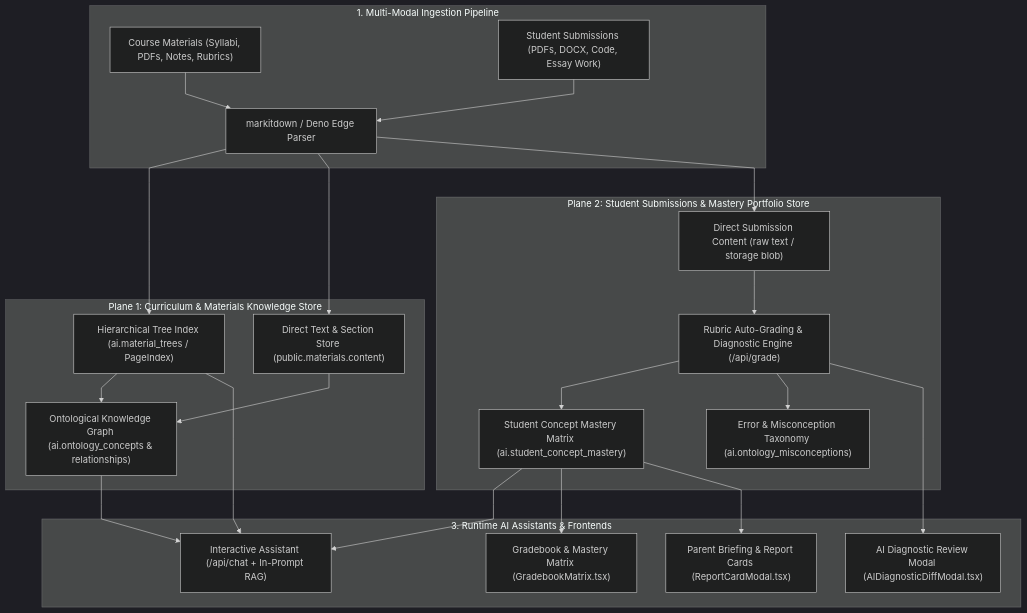
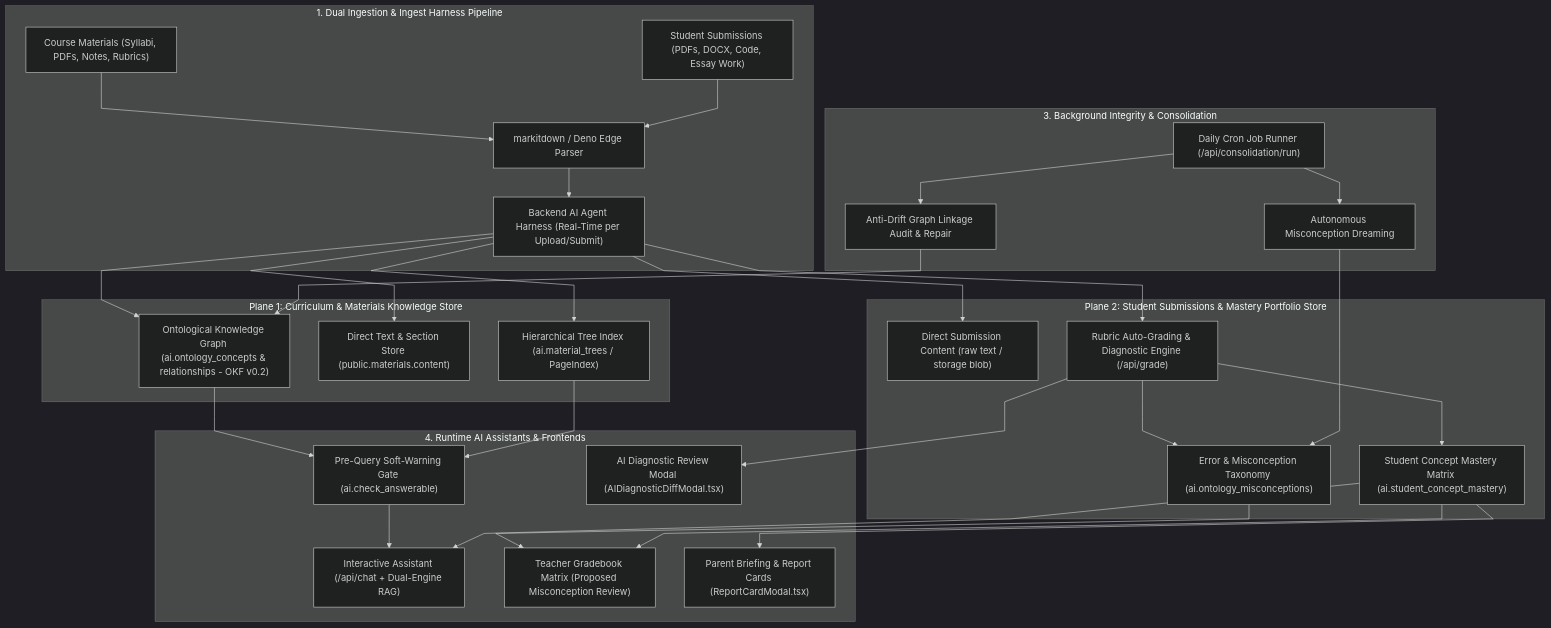
The first of 2 diagrams in docs/knowledge_store/README.md (VictorBravo9er/Teacher-Assistant-Workspace), drawn with Mermaid (dark theme) before and after one commit. The commit also changed other lines of this file and 29 other files, not shown here.

````diff
--- a/docs/knowledge_store/README.md
+++ b/docs/knowledge_store/README.md
@@ -16,49 +16,63 @@
 ```mermaid
 %%{init: {'flowchart': {'curve': 'linear'}}}%%
 flowchart TB
-    subgraph Ingestion["1. Multi-Modal Ingestion Pipeline"]
+    subgraph Ingestion["1. Dual Ingestion & Ingest Harness Pipeline"]
         MatFiles["Course Materials (Syllabi, PDFs, Notes, Rubrics)"]
         SubFiles["Student Submissions (PDFs, DOCX, Code, Essay Work)"]
         Parser["markitdown / Deno Edge Parser"]
+        PrimaryHarness["Backend AI Agent Harness (Real-Time per Upload/Submit)"]
     end
 
     subgraph Plane1["Plane 1: Curriculum & Materials Knowledge Store"]
         TreeIndex["Hierarchical Tree Index (ai.material_trees / PageIndex)"]
         FullText["Direct Text & Section Store (public.materials.content)"]
-        OntologyGraph["Ontological Knowledge Graph (ai.ontology_concepts & relationships)"]
+        OntologyGraph["Ontological Knowledge Graph (ai.ontology_concepts & relationships - OKF v0.2)"]
     end
 
     subgraph Plane2["Plane 2: Student Submissions & Mastery Portfolio Store"]
         SubText["Direct Submission Content (raw text / storage blob)"]
         AutoEval["Rubric Auto-Grading & Diagnostic Engine (/api/grade)"]
         MasteryMatrix["Student Concept Mastery Matrix (ai.student_concept_mastery)"]
         Misconceptions["Error & Misconception Taxonomy (ai.ontology_misconceptions)"]
     end
 
-    subgraph RuntimeSurfaces["3. Runtime AI Assistants & Frontends"]
-        ChatRAG["Interactive Assistant (/api/chat + In-Prompt RAG)"]
+    subgraph ConsolidationPlane["3. Background Integrity & Consolidation"]
+        CronPass["Daily Cron Job Runner (/api/consolidation/run)"]
+        DriftAudit["Anti-Drift Graph Linkage Audit & Repair"]
+        DreamingCycle["Autonomous Misconception Dreaming"]
+    end
+
+    subgraph RuntimeSurfaces["4. Runtime AI Assistants & Frontends"]
+        SoftGate["Pre-Query Soft-Warning Gate (ai.check_answerable)"]
+        ChatRAG["Interactive Assistant (/api/chat + Dual-Engine RAG)"]
         DiffModal["AI Diagnostic Review Modal (AIDiagnosticDiffModal.tsx)"]
-        MatrixView["Gradebook & Mastery Matrix (GradebookMatrix.tsx)"]
+        MatrixView["Teacher Gradebook Matrix (Proposed Misconception Review)"]
         ReportCards["Parent Briefing & Report Cards (ReportCardModal.tsx)"]
     end
 
     MatFiles --> Parser
     SubFiles --> Parser
-    Parser --> TreeIndex
-    Parser --> FullText
-    Parser --> SubText
+    Parser --> PrimaryHarness
+    PrimaryHarness --> TreeIndex
+    PrimaryHarness --> FullText
+    PrimaryHarness --> SubText
 
-    TreeIndex --> OntologyGraph
-    FullText --> OntologyGraph
-
-    SubText --> AutoEval
+    PrimaryHarness --> OntologyGraph
+    PrimaryHarness --> AutoEval
     AutoEval --> MasteryMatrix
     AutoEval --> Misconceptions
 
-    OntologyGraph --> ChatRAG
-    TreeIndex --> ChatRAG
+    CronPass --> DriftAudit
+    DriftAudit --> OntologyGraph
+    CronPass --> DreamingCycle
+    DreamingCycle --> Misconceptions
+
+    OntologyGraph --> SoftGate
+    TreeIndex --> SoftGate
+    SoftGate --> ChatRAG
     MasteryMatrix --> ChatRAG
     AutoEval --> DiffModal
+    Misconceptions --> MatrixView
     MasteryMatrix --> MatrixView
     MasteryMatrix --> ReportCards
 ```
````
